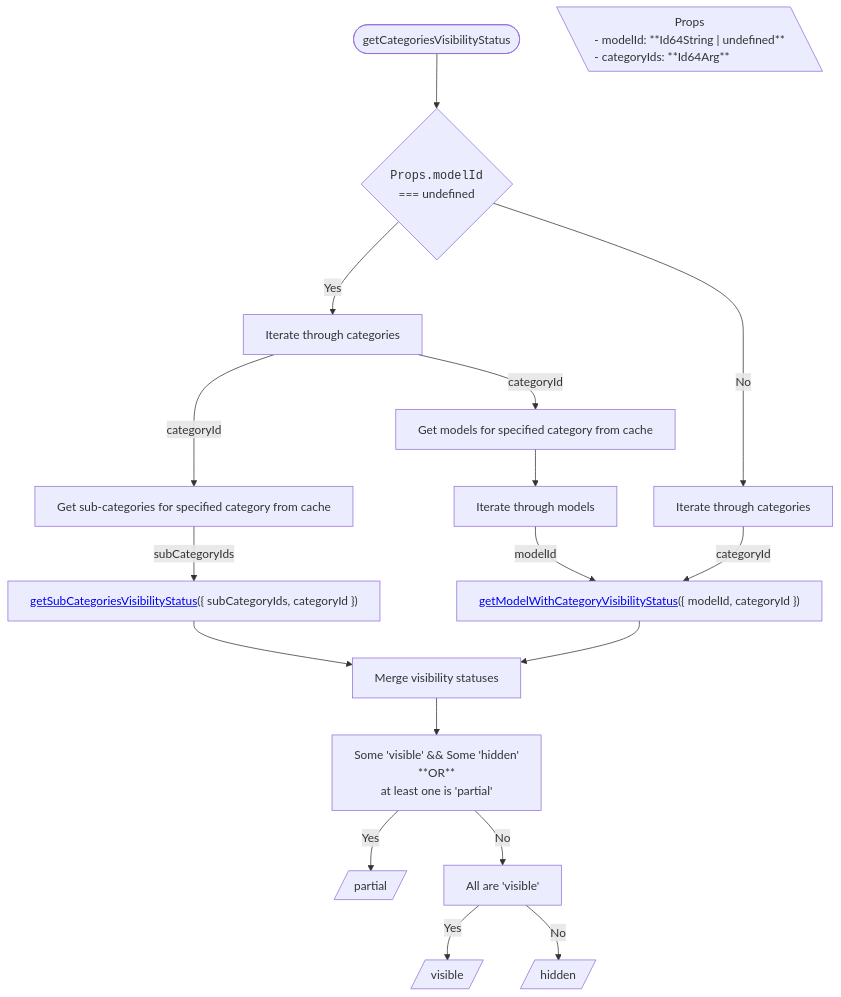
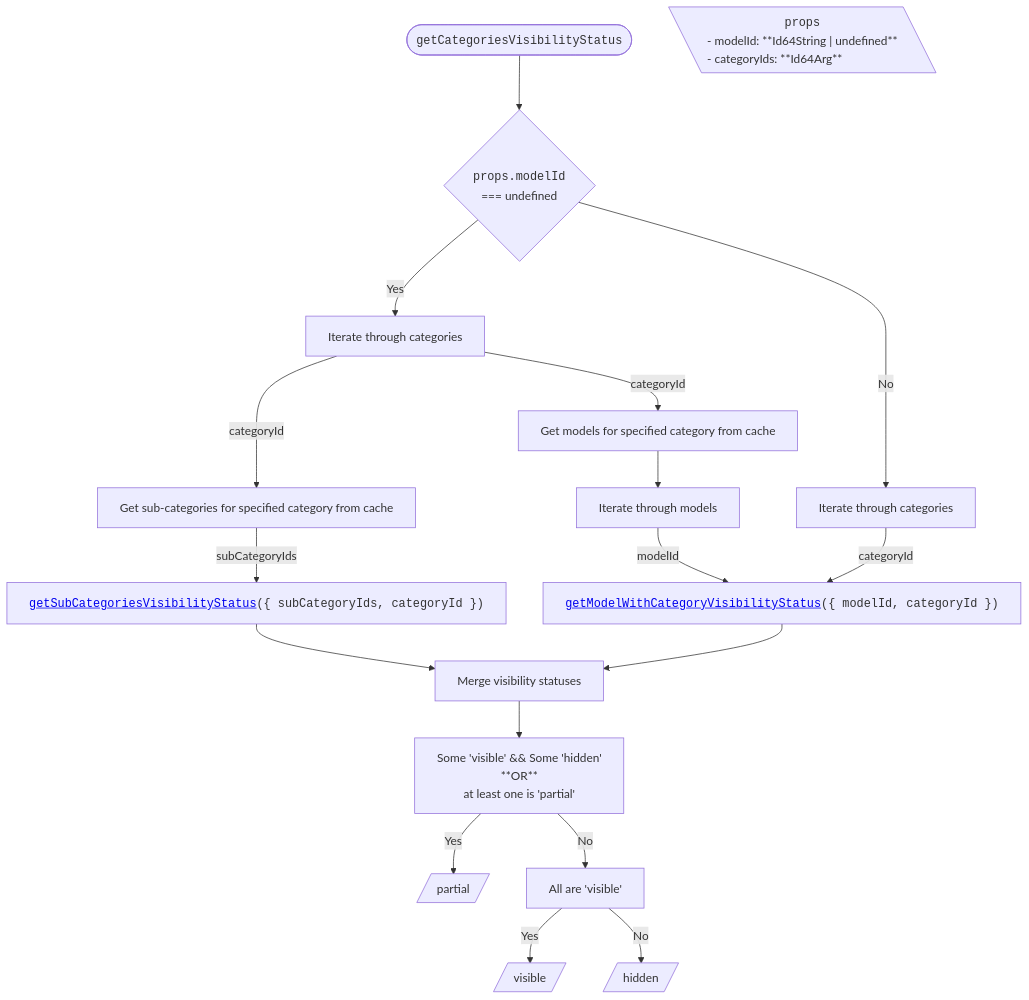
The third of 6 diagrams in packages/itwin/tree-widget/docs/SharedVisibilityHandling.md (iTwin/viewer-components-react), drawn with Mermaid before and after one commit. The commit also changed other lines of this file and 4 other files, not shown here.

````diff
--- a/packages/itwin/tree-widget/docs/SharedVisibilityHandling.md
+++ b/packages/itwin/tree-widget/docs/SharedVisibilityHandling.md
@@ -122,49 +132,49 @@
 ```mermaid
 ---
 config:
   flowchart:
     wrappingWidth: 750
     useMaxWidth: false
 ---
 
 flowchart TD
   RESULT_Partial[/partial/]
   RESULT_Visible[/visible/]
   RESULT_Hidden[/hidden/]
 
   %% Start
-  TITLE([getCategoriesVisibilityStatus]) --> A{<code>Props.modelId</code> <br/>=== undefined}
+  TITLE(["<code>getCategoriesVisibilityStatus</code>"]) --> A{<code>props.modelId</code> <br/>=== undefined}
 
   PROPS[\"
-    Props
+    <code>props</code>
     <div style='text-align: left;'>- modelId: **Id64String | undefined** <br/> - categoryIds: **Id64Arg**</div>
   "\]
 
   %% Branch Yes
   A -- Yes --> B[Iterate through categories]
   B -- categoryId --> C1[Get sub-categories for specified category from cache]
   B -- categoryId --> C2[Get models for specified category from cache]
 
-  C1 -- subCategoryIds --> D1["<a href='#getsubcategoriesvisibilitystatus'>getSubCategoriesVisibilityStatus</a>({ subCategoryIds, categoryId })"]
+  C1 -- subCategoryIds --> D1["<code><a href='#getsubcategoriesvisibilitystatus'>getSubCategoriesVisibilityStatus</a>({ subCategoryIds, categoryId })</code>"]
 
   C2 --> D2[Iterate through models]
-  D2 -- modelId --> F["<a href='#getmodelwithcategoryvisibilitystatus'>getModelWithCategoryVisibilityStatus</a>({ modelId, categoryId })"]
+  D2 -- modelId --> F["<code><a href='#getmodelwithcategoryvisibilitystatus'>getModelWithCategoryVisibilityStatus</a>({ modelId, categoryId })</code>"]
 
   %% Branch No
   A -- No --> B2[Iterate through categories]
   B2 -- categoryId --> F
 
   %% Merge
   D1 --> M[Merge visibility statuses]
   F --> M
 
   M --> N[Some 'visible' && Some 'hidden' <br/> **OR** <br/> at least one is 'partial']
 
   %% Results
   N -- Yes --> RESULT_Partial
 
   N -- No --> O[All are 'visible']
 
   O -- Yes --> RESULT_Visible
   O -- No --> RESULT_Hidden
 ```
````
